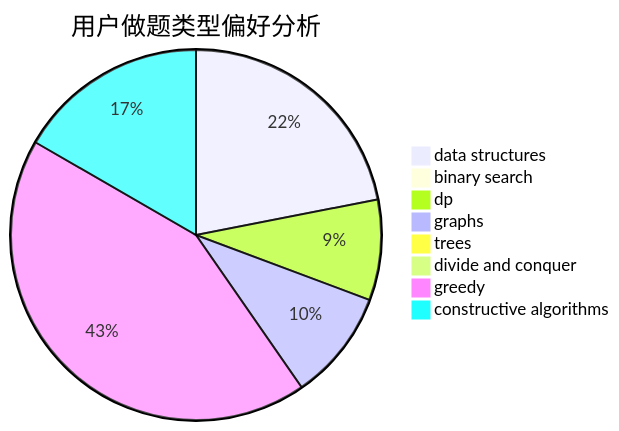
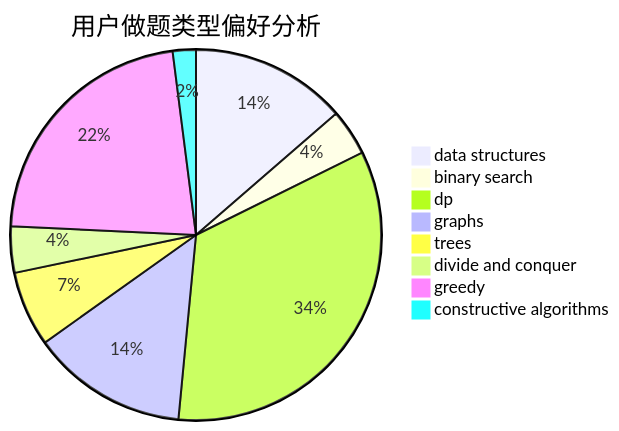
One commit to sherpahu/cfrs.github.io changed the second of 3 diagrams in docs/user/u827.md. Above: the diagram before and after it, drawn with Mermaid. The commit also changed other lines of this file and 2770 other files, not shown here.

````diff
--- a/docs/user/u827.md
+++ b/docs/user/u827.md
@@ -23,11 +23,11 @@
 ```mermaid
 pie title 用户做题类型偏好分析
-    "data structures" :  25
-    "binary search" :  1
-    "dp" :  10
-    "graphs" :  11
-    "trees" :  0
-    "divide and conquer" :  0
-    "greedy" :  49
-    "constructive algorithms" :  19
+    "data structures" :  27
+    "binary search" :  8
+    "dp" :  67
+    "graphs" :  27
+    "trees" :  13
+    "divide and conquer" :  8
+    "greedy" :  44
+    "constructive algorithms" :  4
 ```
````
